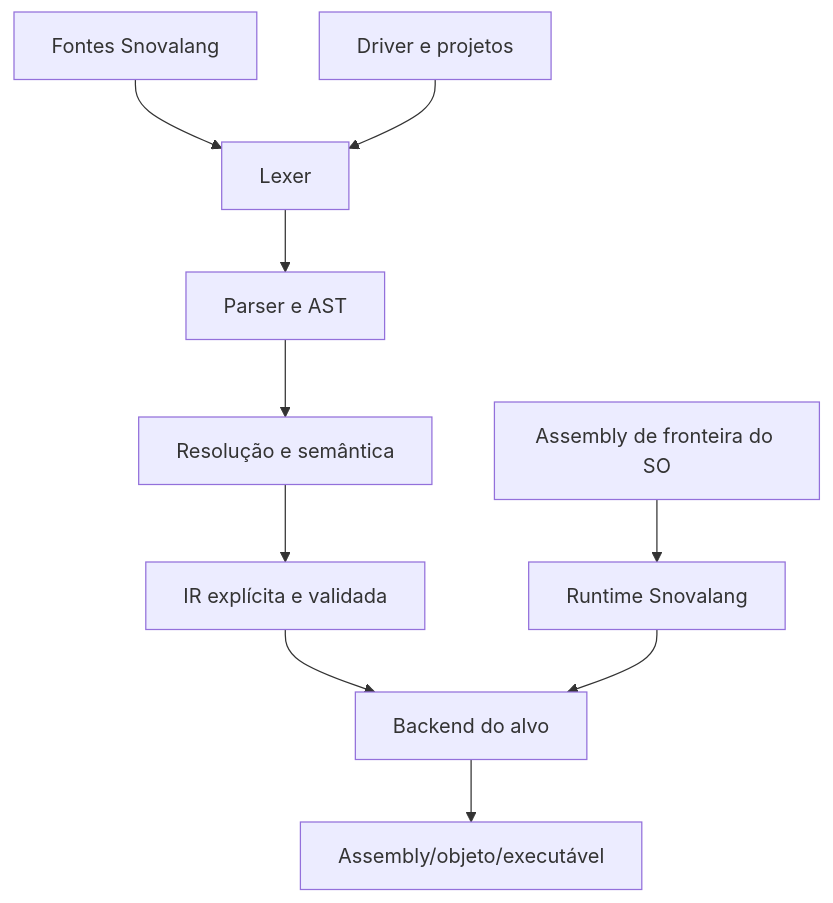
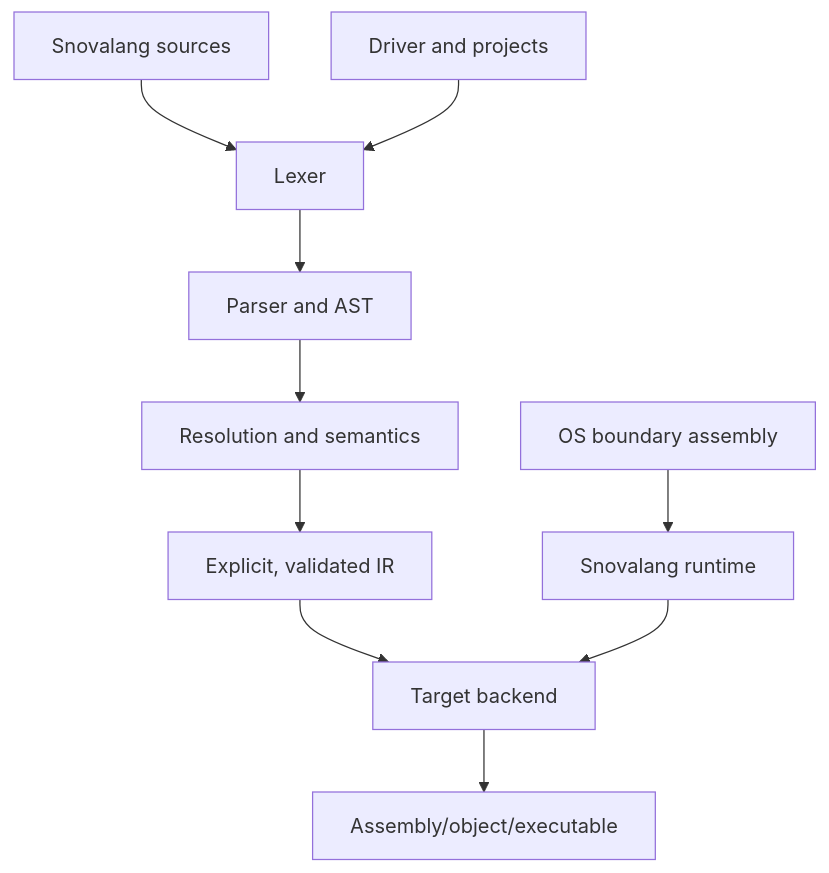
One commit to moislang/moil changed the second of 2 diagrams in docs/architecture/overview.md. Above: the diagram before and after it, drawn with Mermaid. The commit also changed other lines of this file and 68 other files, not shown here.

````diff
--- a/docs/architecture/overview.md
+++ b/docs/architecture/overview.md
@@ -31,12 +34,12 @@
 ```mermaid
 flowchart TB
-  SRC[Fontes Snovalang] --> L[Lexer]
-  L --> P[Parser e AST]
-  P --> S[Resolução e semântica]
-  S --> IR[IR explícita e validada]
-  IR --> B[Backend do alvo]
-  B --> OBJ[Assembly/objeto/executável]
-  R[Runtime Snovalang] --> B
-  A[Assembly de fronteira do SO] --> R
-  D[Driver e projetos] --> L
+  SRC[Snovalang sources] --> L[Lexer]
+  L --> P[Parser and AST]
+  P --> S[Resolution and semantics]
+  S --> IR[Explicit, validated IR]
+  IR --> B[Target backend]
+  B --> OBJ[Assembly/object/executable]
+  R[Snovalang runtime] --> B
+  A[OS boundary assembly] --> R
+  D[Driver and projects] --> L
 ```
````
